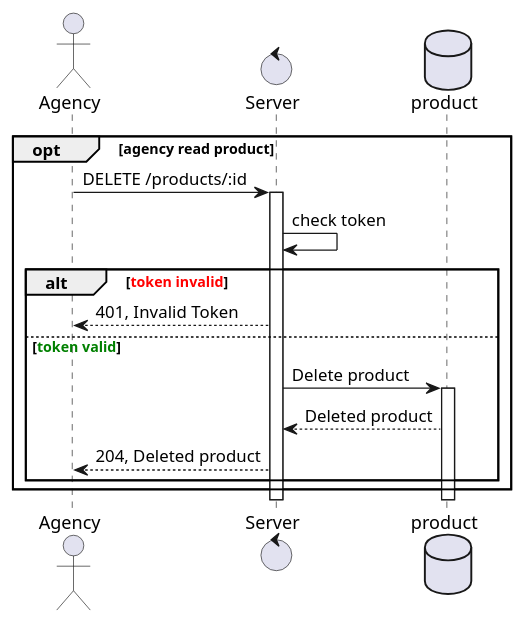
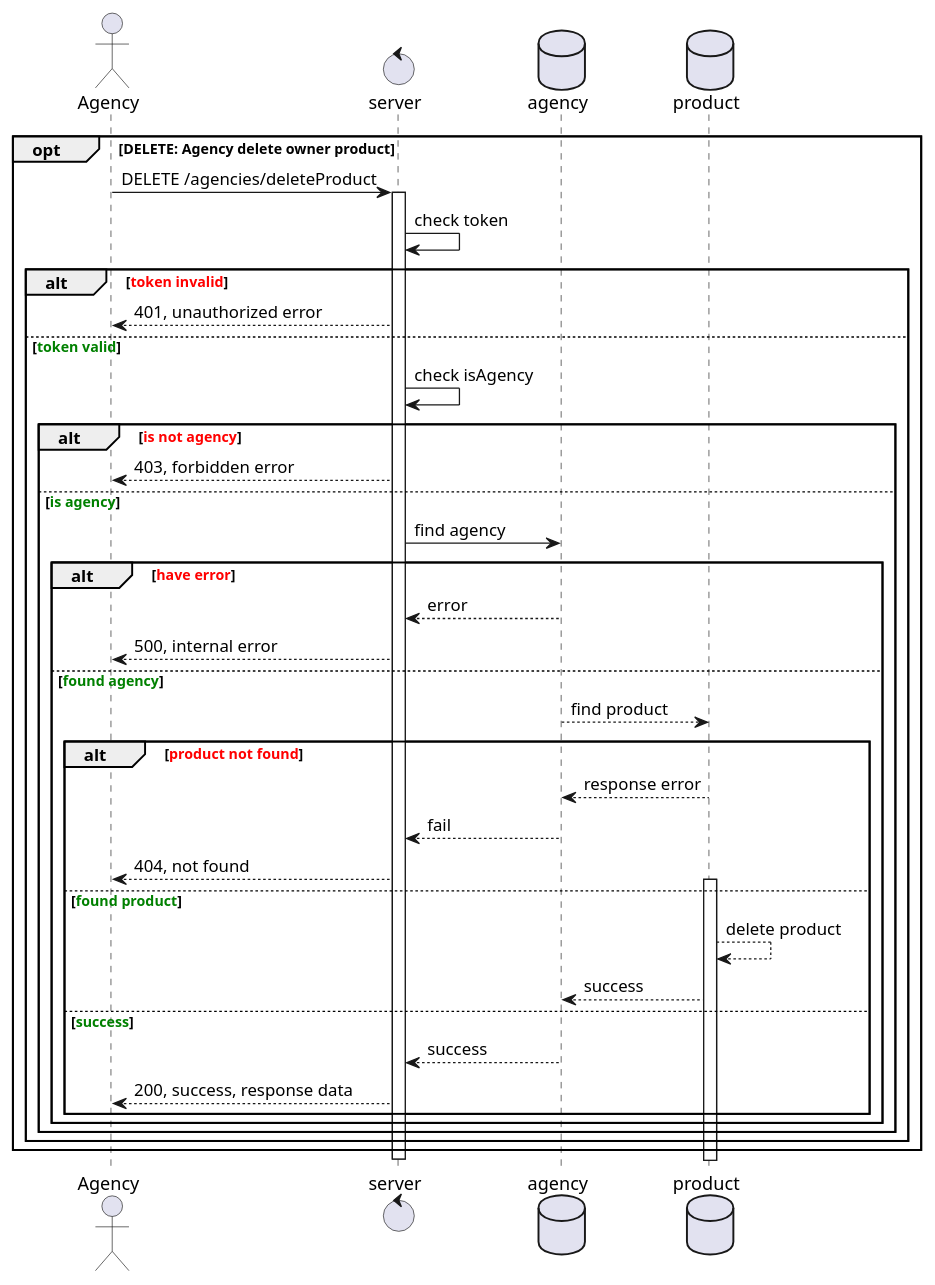
One commit to vuhoanganh1821/Backend_Test changed the diagram in e-commercial/docs/sequence-diagram/agency/deleteProduct.plantuml. Above: the diagram before and after it, drawn with PlantUML. The commit also changed 20 other files, not shown here.

Commit message:
BE-04 | improve sequence diagram

```diff
--- a/e-commercial/docs/sequence-diagram/agency/deleteProduct.plantuml
+++ b/e-commercial/docs/sequence-diagram/agency/deleteProduct.plantuml
@@ -1,23 +1,46 @@
-@startuml agency read of owner product
+@startuml delete owner product agency sequence
 
 
-actor Agency
-control Server
+actor Agency 
+control server
+database agency
 database product
 
-opt agency read product
-  Agency -> Server: DELETE /products/:id
-  activate Server
-  Server -> Server: check token
-  alt <font color="Red">token invalid</font>
-    Agency <-- Server: 401, Invalid Token
-  else <font color="Green">token valid</font>
-    Server -> product: Delete product
-    activate product
-    Server <-- product: Deleted product
-    Agency <-- Server: 204, Deleted product
+opt DELETE: Agency delete owner product
+  Agency -> server: DELETE /agencies/deleteProduct
+  activate server
+  server -> server: check token
+  alt <font color=red>token invalid</font>
+    server --> Agency: 401, unauthorized error
+  else <font color=green>token valid</font>
+    server -> server: check isAgency
+    alt <font color=red>is not agency</font>
+      server --> Agency: 403, forbidden error
+    else <font color=green>is agency</font>
+      server -> agency: find agency
+      alt <font color=red>have error</font>
+        agency --> server: error
+        server --> Agency: 500, internal error
+      else <font color=green>found agency</font>
+        agency --> product: find product
+        alt <font color=red>product not found</font>
+          product --> agency: response error
+          agency --> server: fail
+          server --> Agency: 404, not found
+        else <font color=green>found product</font>
+          activate product
+          product --> product: delete product
+          product --> agency: success
+        else <font color=green>success</font>
+
+          agency --> server: success
+          server --> Agency: 200, success, response data
+          end
+        end
+      end
+    end
   end
-end
+    deactivate server
 
 
 @enduml
```
